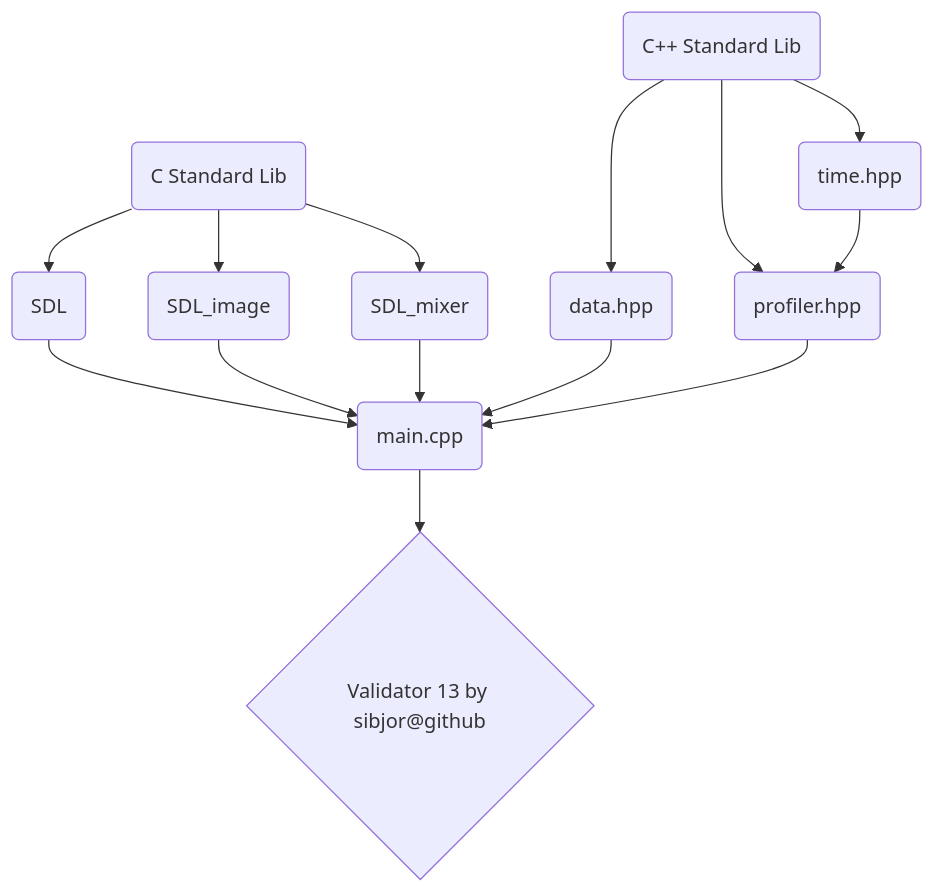
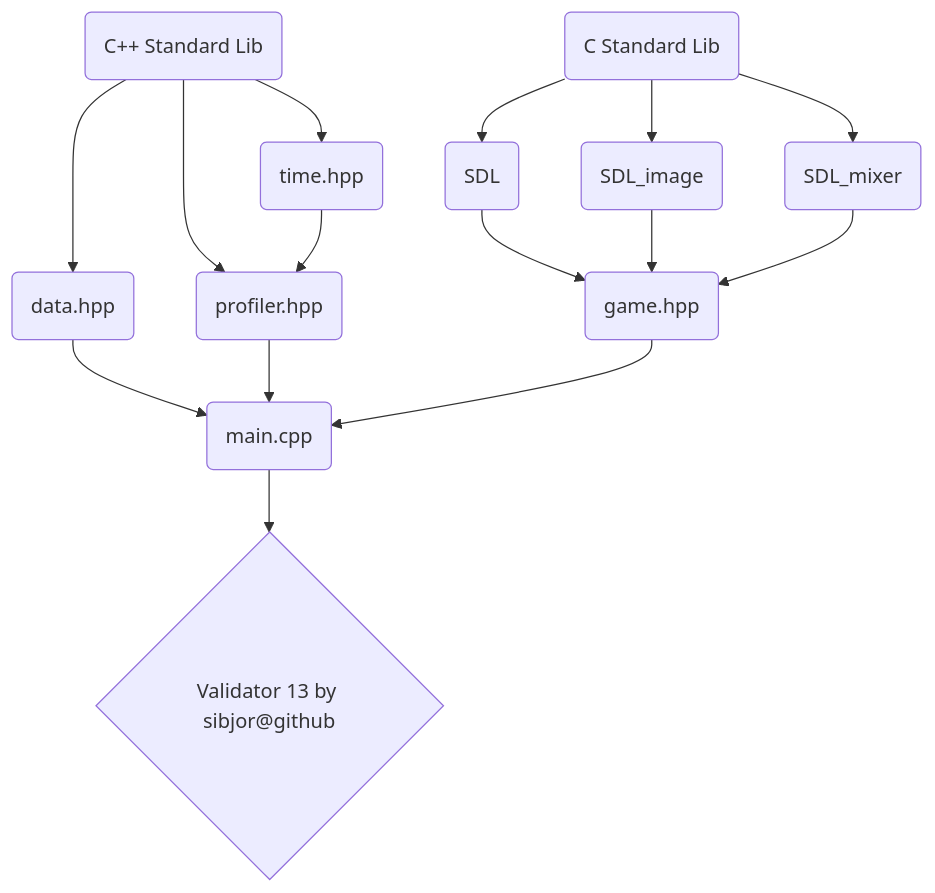
The diagram in README.md (sibjor/ParkourRunner), drawn with Mermaid before and after one commit. The commit also changed 4 other files, not shown here.

````diff
--- a/README.md
+++ b/README.md
@@ -11,32 +11,35 @@
 ```mermaid
 flowchart TD
     A(C Standard Lib)
     B(C++ Standard Lib)
     C(SDL)
     D(SDL_image)
     E(SDL_mixer)
     F(profiler.hpp) 
     G(time.hpp) 
     H(data.hpp)
     I(main.cpp)
     J{Validator 13 by sibjor@github}
+    K(game.hpp)
 
     A --> C
     A --> D
     A --> E
 
-    C --> I
-    D --> I
-    E --> I
+    C --> K
+    D --> K
+    E --> K
 
     B --> G
     B --> H
     B --> F
 
     G --> F
-    
+
     H --> I
     F --> I
+    K --> I
 
     I --> J
+
 ```
````
